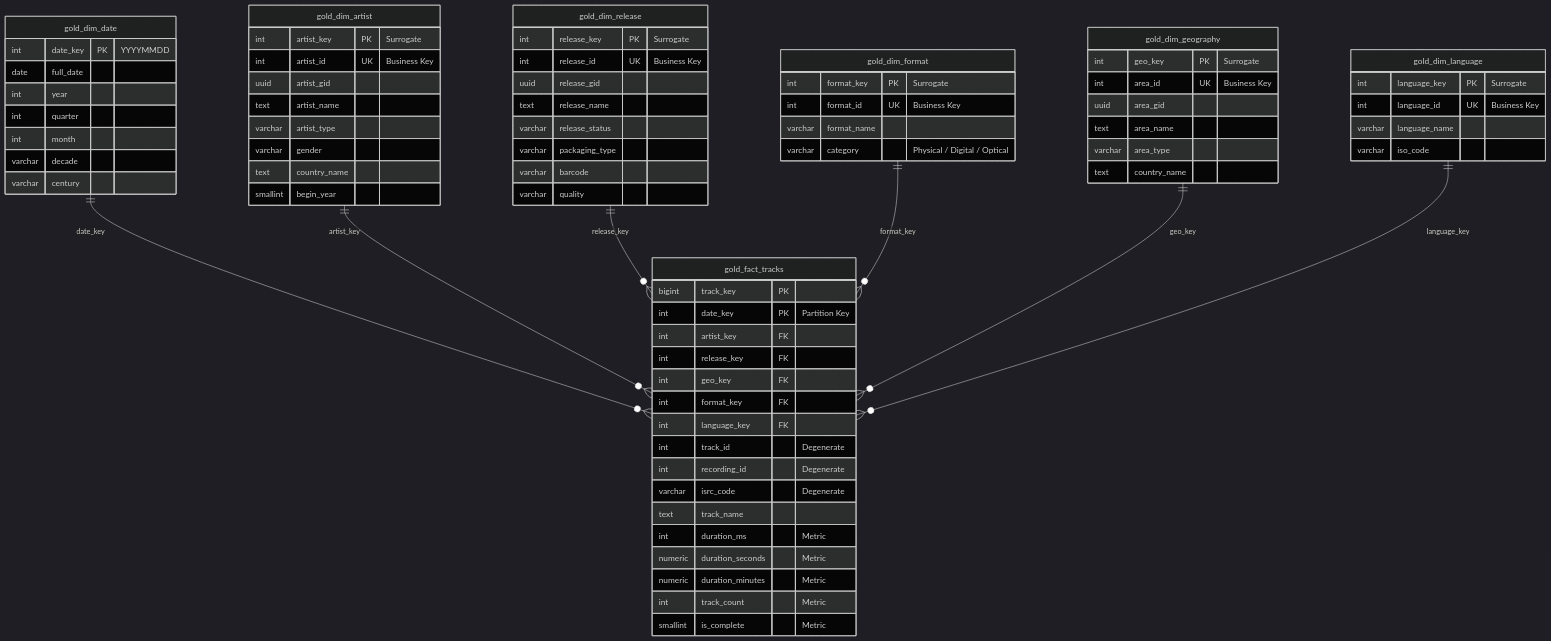
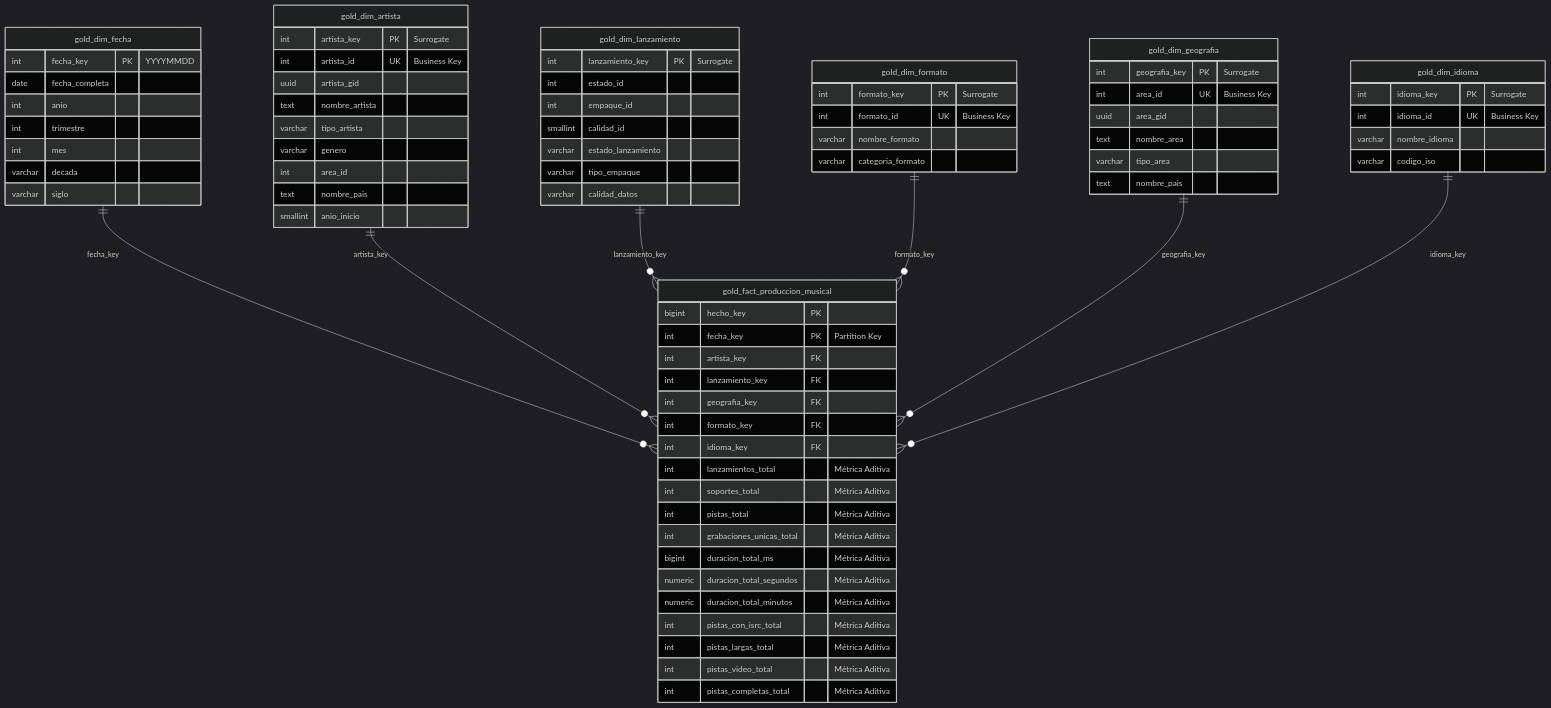
Before and after one commit to srusso1/DWH-MusicBrainz: the diagram in docs/ARCHITECTURE.md, drawn with Mermaid (dark theme). The commit also changed other lines of this file and 17 other files, not shown here.

````diff
--- a/docs/ARCHITECTURE.md
+++ b/docs/ARCHITECTURE.md
@@ -16,83 +16,85 @@
 ```mermaid
 erDiagram
-    gold_dim_date ||--o{ gold_fact_tracks : "date_key"
-    gold_dim_artist ||--o{ gold_fact_tracks : "artist_key"
-    gold_dim_release ||--o{ gold_fact_tracks : "release_key"
-    gold_dim_format ||--o{ gold_fact_tracks : "format_key"
-    gold_dim_geography ||--o{ gold_fact_tracks : "geo_key"
-    gold_dim_language ||--o{ gold_fact_tracks : "language_key"
+    gold_dim_fecha ||--o{ gold_fact_produccion_musical : "fecha_key"
+    gold_dim_artista ||--o{ gold_fact_produccion_musical : "artista_key"
+    gold_dim_lanzamiento ||--o{ gold_fact_produccion_musical : "lanzamiento_key"
+    gold_dim_formato ||--o{ gold_fact_produccion_musical : "formato_key"
+    gold_dim_geografia ||--o{ gold_fact_produccion_musical : "geografia_key"
+    gold_dim_idioma ||--o{ gold_fact_produccion_musical : "idioma_key"
 
-    gold_dim_date {
-        int date_key PK "YYYYMMDD"
-        date full_date
-        int year
-        int quarter
-        int month
-        varchar decade
-        varchar century
+    gold_dim_fecha {
+        int fecha_key PK "YYYYMMDD"
+        date fecha_completa
+        int anio
+        int trimestre
+        int mes
+        varchar decada
+        varchar siglo
     }
 
-    gold_dim_artist {
-        int artist_key PK "Surrogate"
-        int artist_id UK "Business Key"
-        uuid artist_gid
-        text artist_name
-        varchar artist_type
-        varchar gender
-        text country_name
-        smallint begin_year
+    gold_dim_artista {
+        int artista_key PK "Surrogate"
+        int artista_id UK "Business Key"
+        uuid artista_gid
+        text nombre_artista
+        varchar tipo_artista
+        varchar genero
+        int area_id
+        text nombre_pais
+        smallint anio_inicio
     }
 
-    gold_dim_release {
-        int release_key PK "Surrogate"
-        int release_id UK "Business Key"
-        uuid release_gid
-        text release_name
-        varchar release_status
-        varchar packaging_type
-        varchar barcode
-        varchar quality
+    gold_dim_lanzamiento {
+        int lanzamiento_key PK "Surrogate"
+        int estado_id
+        int empaque_id
+        smallint calidad_id
+        varchar estado_lanzamiento
+        varchar tipo_empaque
+        varchar calidad_datos
     }
 
-    gold_dim_format {
-        int format_key PK "Surrogate"
-        int format_id UK "Business Key"
-        varchar format_name
-        varchar category "Physical / Digital / Optical"
+    gold_dim_formato {
+        int formato_key PK "Surrogate"
+        int formato_id UK "Business Key"
+        varchar nombre_formato
+        varchar categoria_formato
     }
 
-    gold_dim_geography {
-        int geo_key PK "Surrogate"
+    gold_dim_geografia {
+        int geografia_key PK "Surrogate"
         int area_id UK "Business Key"
         uuid area_gid
-        text area_name
-        varchar area_type
-        text country_name
+        text nombre_area
+        varchar tipo_area
+        text nombre_pais
     }
 
-    gold_dim_language {
-        int language_key PK "Surrogate"
-        int language_id UK "Business Key"
-        varchar language_name
-        varchar iso_code
+    gold_dim_idioma {
+        int idioma_key PK "Surrogate"
+        int idioma_id UK "Business Key"
+        varchar nombre_idioma
+        varchar codigo_iso
     }
 
-    gold_fact_tracks {
-        bigint track_key PK
-        int date_key PK "Partition Key"
-        int artist_key FK
-        int release_key FK
-        int geo_key FK
-        int format_key FK
-        int language_key FK
-        int track_id "Degenerate"
-        int recording_id "Degenerate"
-        varchar isrc_code "Degenerate"
-        text track_name
-        int duration_ms "Metric"
-        numeric duration_seconds "Metric"
-        numeric duration_minutes "Metric"
-        int track_count "Metric"
-        smallint is_complete "Metric"
+    gold_fact_produccion_musical {
+        bigint hecho_key PK
+        int fecha_key PK "Partition Key"
+        int artista_key FK
+        int lanzamiento_key FK
+        int geografia_key FK
+        int formato_key FK
+        int idioma_key FK
+        int lanzamientos_total "Métrica Aditiva"
+        int soportes_total "Métrica Aditiva"
+        int pistas_total "Métrica Aditiva"
+        int grabaciones_unicas_total "Métrica Aditiva"
+        bigint duracion_total_ms "Métrica Aditiva"
+        numeric duracion_total_segundos "Métrica Aditiva"
+        numeric duracion_total_minutos "Métrica Aditiva"
+        int pistas_con_isrc_total "Métrica Aditiva"
+        int pistas_largas_total "Métrica Aditiva"
+        int pistas_video_total "Métrica Aditiva"
+        int pistas_completas_total "Métrica Aditiva"
     }
 ```
````
